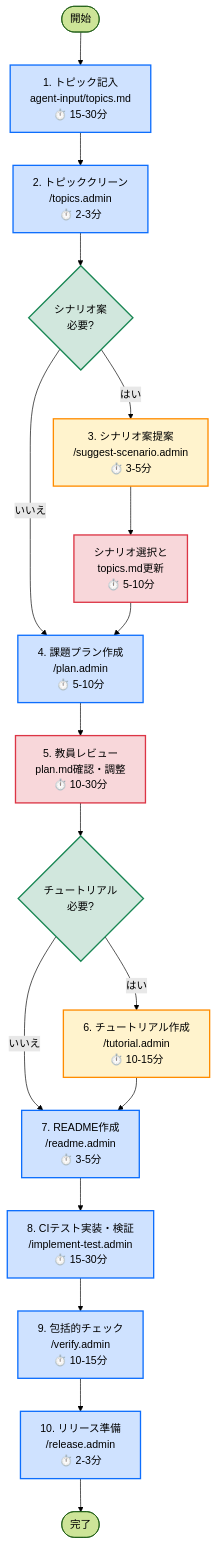
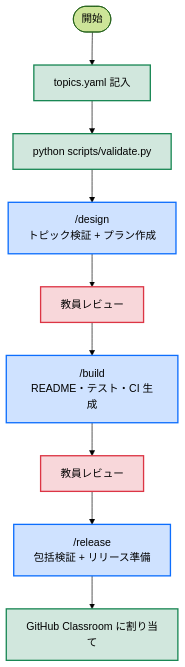
Before and after one commit to mito-ac-25class/Meta-Template-for-Assignment: the diagram in README.md, drawn with Mermaid (forest theme). The commit also changed other lines of this file and 7 other files, not shown here.

First line of the commit message:
feat: Remove REVIEW_FLOW.md and add Python CI configuration and conventions

````diff
--- a/README.md
+++ b/README.md
@@ -112,35 +40,19 @@
 ```mermaid
 flowchart TD
-    Start([開始]) --> Step1[1. トピック記入<br/>agent-input/topics.md<br/>⏱️ 15-30分]
-    Step1 --> Step2[2. トピッククリーン<br/>/topics.admin<br/>⏱️ 2-3分]
-    Step2 --> Optional1{シナリオ案<br/>必要?}
-    
-    Optional1 -->|はい| Step3[3. シナリオ案提案<br/>/suggest-scenario.admin<br/>⏱️ 3-5分]
-    Optional1 -->|いいえ| Step4
-    Step3 --> Step3Review[シナリオ選択と<br/>topics.md更新<br/>⏱️ 5-10分]
-    Step3Review --> Step4
-    
-    Step4[4. 課題プラン作成<br/>/plan.admin<br/>⏱️ 5-10分]
-    Step4 --> Step5[5. 教員レビュー<br/>plan.md確認・調整<br/>⏱️ 10-30分]
-    
-    Step5 --> Optional2{チュートリアル<br/>必要?}
-    Optional2 -->|はい| Step6[6. チュートリアル作成<br/>/tutorial.admin<br/>⏱️ 10-15分]
-    Optional2 -->|いいえ| Step7
-    Step6 --> Step7
-    
-    Step7[7. README作成<br/>/readme.admin<br/>⏱️ 3-5分]
-    Step7 --> Step8[8. CIテスト実装・検証<br/>/implement-test.admin<br/>⏱️ 15-30分]
-    Step8 --> Step9[9. 包括的チェック<br/>/verify.admin<br/>⏱️ 10-15分]
-    Step9 --> Step10[10. リリース準備<br/>/release.admin<br/>⏱️ 2-3分]
-    Step10 --> End([完了])
-    
-    classDef optionalStep fill:#fff3cd,stroke:#ff8c00,stroke-width:2px,color:#000
-    classDef requiredStep fill:#cfe2ff,stroke:#0d6efd,stroke-width:2px,color:#000
+    Start([開始]) --> Topics[topics.yaml 記入]
+    Topics --> Validate[python scripts/validate.py]
+    Validate --> Design["/design<br/>トピック検証 + プラン作成"]
+    Design --> Review1[教員レビュー]
+    Review1 --> Build["/build<br/>README・テスト・CI 生成"]
+    Build --> Review2[教員レビュー]
+    Review2 --> Release["/release<br/>包括検証 + リリース準備"]
+    Release --> Classroom[GitHub Classroom に割り当て]
+
+    classDef agentStep fill:#cfe2ff,stroke:#0d6efd,stroke-width:2px,color:#000
     classDef reviewStep fill:#f8d7da,stroke:#dc3545,stroke-width:2px,color:#000
-    classDef decisionStep fill:#d1e7dd,stroke:#198754,stroke-width:2px,color:#000
-    
-    class Step3,Step6 optionalStep
-    class Step1,Step2,Step4,Step7,Step8,Step9,Step10 requiredStep
-    class Step5,Step3Review reviewStep
-    class Optional1,Optional2 decisionStep
+    classDef manualStep fill:#d1e7dd,stroke:#198754,stroke-width:2px,color:#000
+
+    class Design,Build,Release agentStep
+    class Review1,Review2 reviewStep
+    class Topics,Validate,Classroom manualStep
 ```
````
